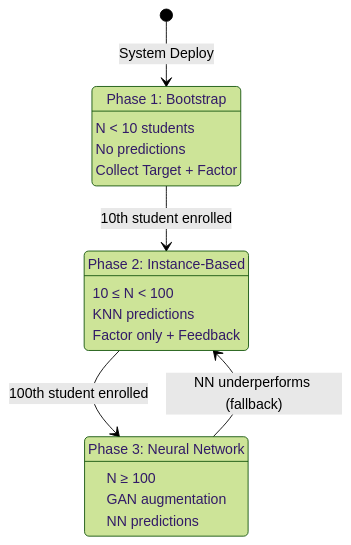
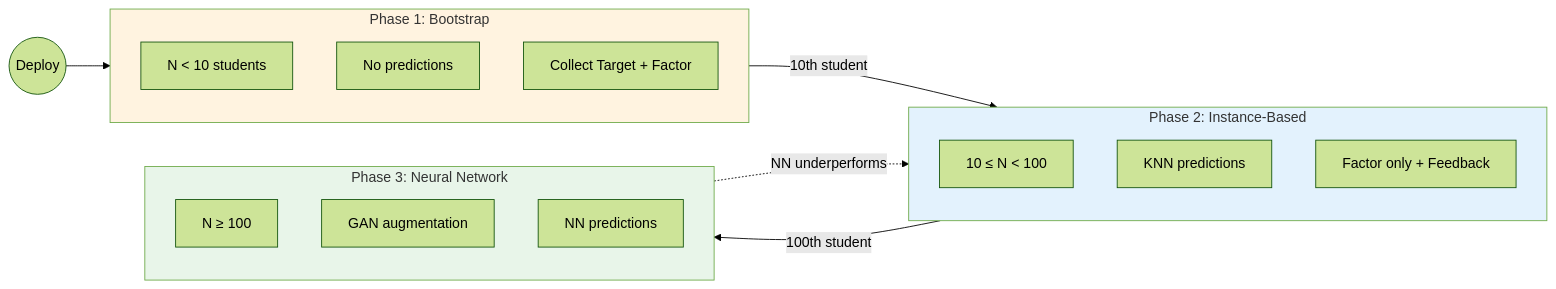
One commit to mandloideep/acosus-presentation changed diagram 11 of 24 in research-paper/current/ACOSUS-Technical-Architecture-Guide.md. Above: the diagram before and after it, drawn with Mermaid (forest theme).

Commit message:
Refactor state diagram to enhance clarity and structure for progressive learning phases in ACOSUS architecture

````diff
--- a/research-paper/current/ACOSUS-Technical-Architecture-Guide.md
+++ b/research-paper/current/ACOSUS-Technical-Architecture-Guide.md
@@ -565,23 +565,30 @@
 ```mermaid
-stateDiagram-v2
-    [*] --> Bootstrap: System Deploy
+flowchart LR
+    Start(("Deploy")) --> Bootstrap
 
-    Bootstrap: Phase 1: Bootstrap
-    Bootstrap: N < 10 students
-    Bootstrap: No predictions
-    Bootstrap: Collect Target + Factor
+    subgraph Bootstrap["Phase 1: Bootstrap"]
+        B1["N < 10 students"]
+        B2["No predictions"]
+        B3["Collect Target + Factor"]
+    end
 
-    KNN: Phase 2: Instance-Based
-    KNN: 10 ≤ N < 100
-    KNN: KNN predictions
-    KNN: Factor only + Feedback
+    subgraph KNN["Phase 2: Instance-Based"]
+        K1["10 ≤ N < 100"]
+        K2["KNN predictions"]
+        K3["Factor only + Feedback"]
+    end
 
-    Neural: Phase 3: Neural Network
-    Neural: N ≥ 100
-    Neural: GAN augmentation
-    Neural: NN predictions
+    subgraph Neural["Phase 3: Neural Network"]
+        N1["N ≥ 100"]
+        N2["GAN augmentation"]
+        N3["NN predictions"]
+    end
 
-    Bootstrap --> KNN: 10th student enrolled
-    KNN --> Neural: 100th student enrolled
-    Neural --> KNN: NN underperforms (fallback)
+    Bootstrap -->|"10th student"| KNN
+    KNN -->|"100th student"| Neural
+    Neural -.->|"NN underperforms"| KNN
+
+    style Bootstrap fill:#fff3e0
+    style KNN fill:#e3f2fd
+    style Neural fill:#e8f5e9
 ```
````
